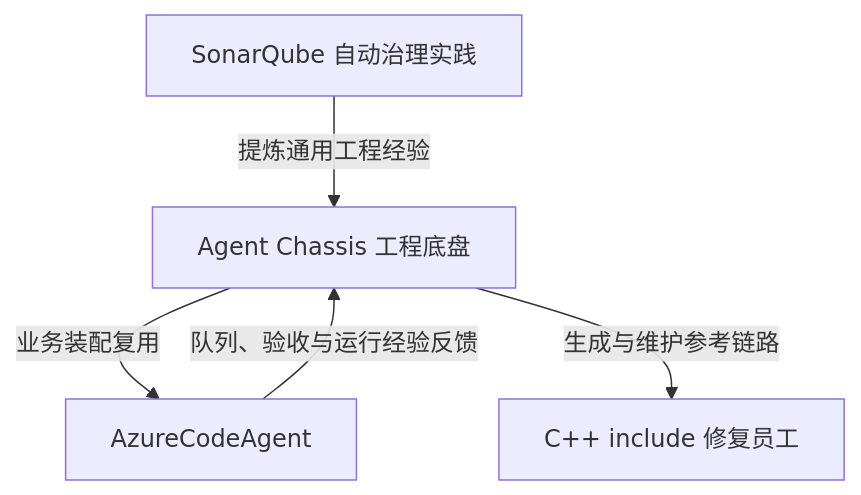
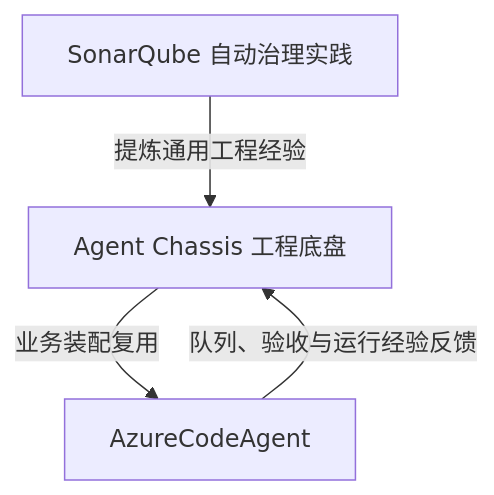
Before and after one commit to TIMPICKLE/devops-agent-chassis: the first of 2 diagrams in Final Report/c-解决方案文档.md, drawn with Mermaid. The commit also changed other lines of this file, not shown here.

````diff
--- a/Final Report/c-解决方案文档.md
+++ b/Final Report/c-解决方案文档.md
@@ -35,7 +35,6 @@
 ```mermaid
 flowchart TD
     S["SonarQube 自动治理实践"] -->|"提炼通用工程经验"| C["Agent Chassis 工程底盘"]
     C -->|"业务装配复用"| A["AzureCodeAgent"]
-    C -->|"生成与维护参考链路"| G["C++ include 修复员工"]
     A -->|"队列、验收与运行经验反馈"| C
 ```
````
